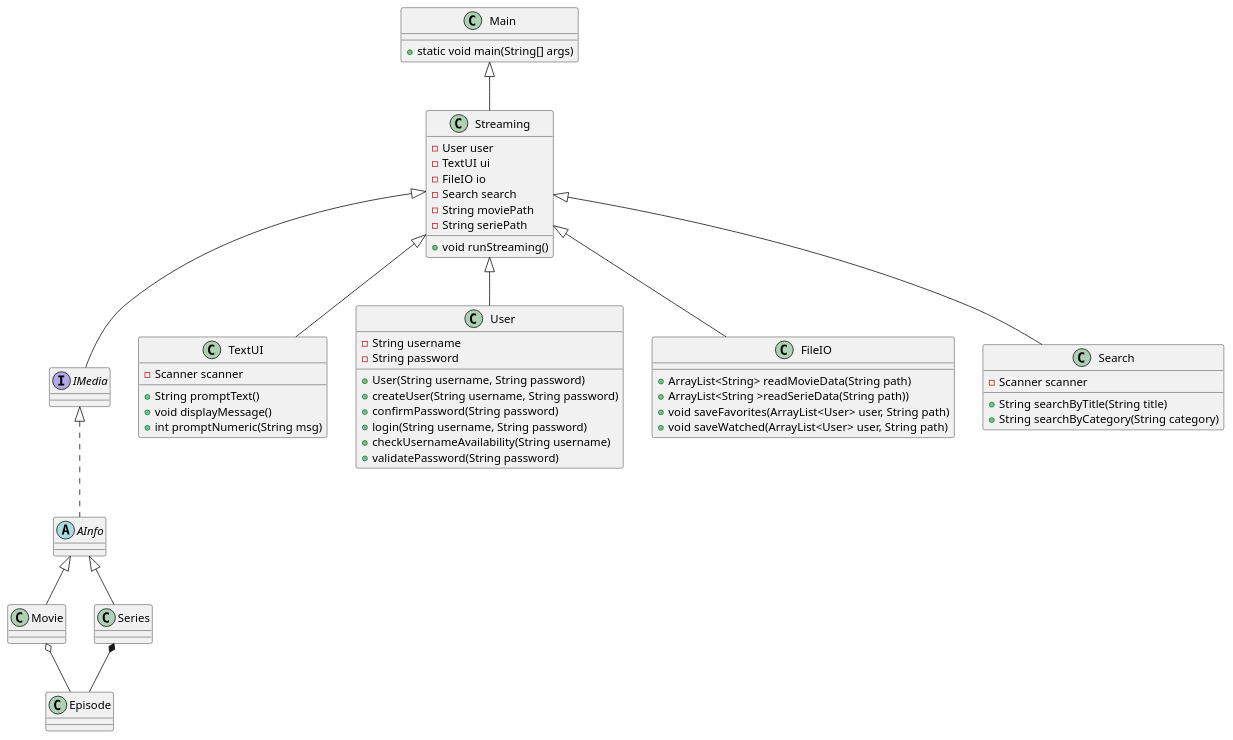
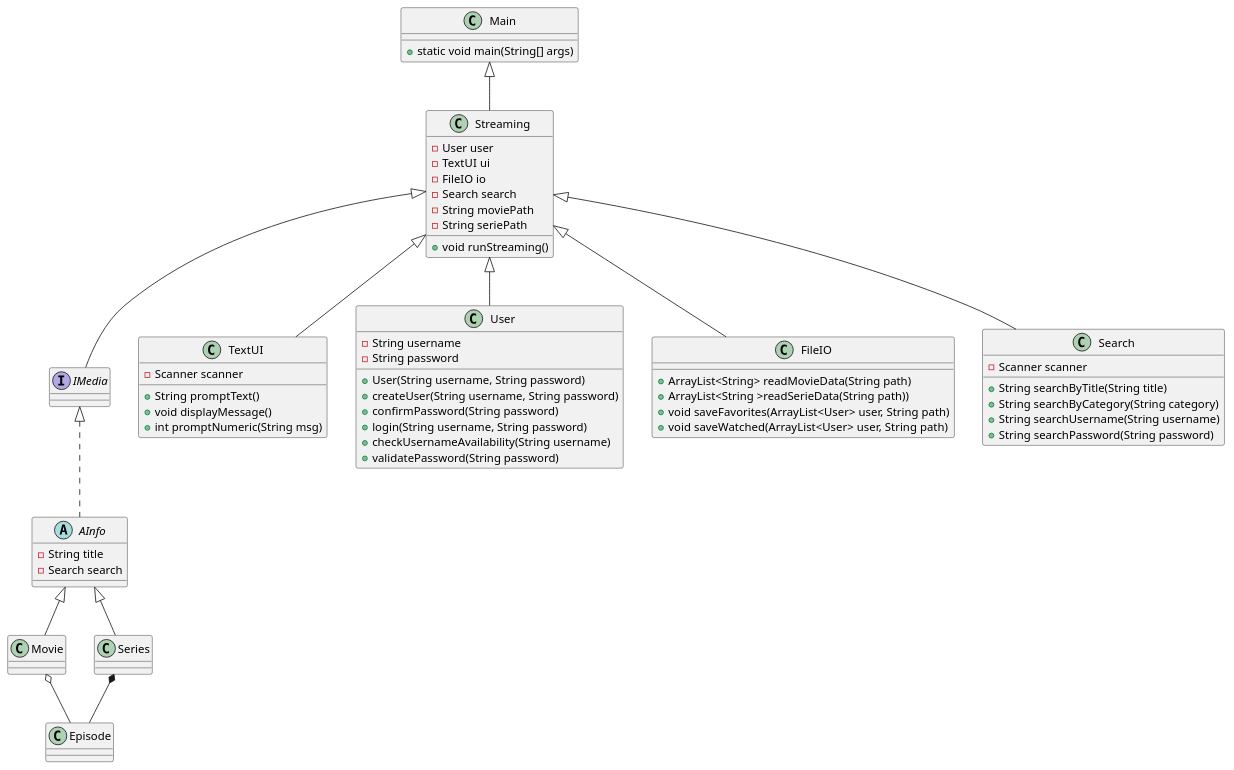
The diagram in Doc/Static/ClassDiagram.puml (mrPrimeBeef/Sem1-Project-MovieStream), drawn with PlantUML before and after one commit.

Commit message:
Update on start

```diff
--- a/Doc/Static/ClassDiagram.puml
+++ b/Doc/Static/ClassDiagram.puml
@@ -1,77 +1,81 @@
 @startuml
 
 interface IMedia {
 }
 
 abstract AInfo {
+- String title
+- Search search
 }
 
 class Movie {
 }
 
 
 class Series {
 }
 
 class TextUI {
 - Scanner scanner
 + String promptText()
 + void displayMessage()
 + int promptNumeric(String msg)
 }
 
 class User {
 - String username
 - String password
 + User(String username, String password)
 'Methods
 + createUser(String username, String password)
 + confirmPassword(String password)
 + login(String username, String password)
 + checkUsernameAvailability(String username)
 + validatePassword(String password)
 }
 
 class Streaming {
 - User user
 - TextUI ui
 - FileIO io
 - Search search
 - String moviePath
 - String seriePath
 + void runStreaming()
 }
 
 class Main {
 + static void main(String[] args)
 }
 
 class FileIO {
 + ArrayList<String> readMovieData(String path)
 + ArrayList<String >readSerieData(String path))
 + void saveFavorites(ArrayList<User> user, String path)
 + void saveWatched(ArrayList<User> user, String path)
 }
 
 class Search {
 - Scanner scanner
 + String searchByTitle(String title)
 + String searchByCategory(String category)
++ String searchUsername(String username)
++ String searchPassword(String password)
 }
 class Episode{
 
 }
 
 Main <|-- Streaming
 Streaming <|-- IMedia
 Streaming <|-- User
 Streaming <|-- Search
 Streaming <|-- TextUI
 IMedia <|.. AInfo
 Streaming <|-- FileIO
 AInfo <|-- Movie
 AInfo <|-- Series
 Series *-- Episode
 Movie o-- Episode
 
 @enduml
```
